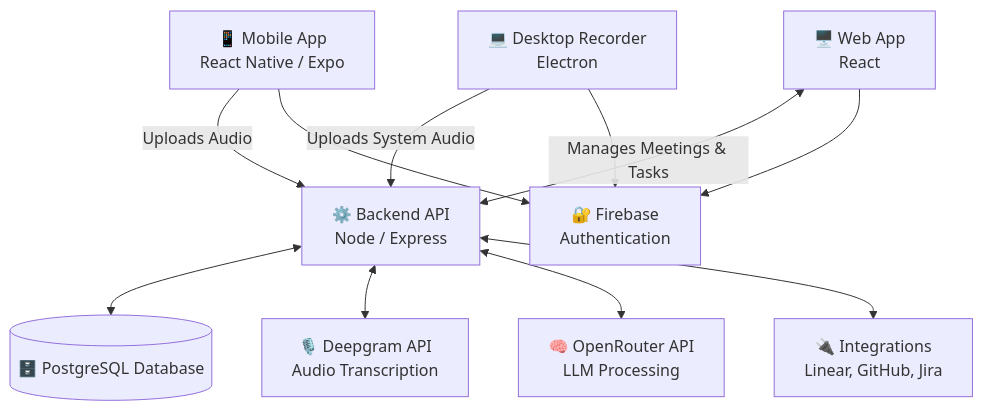
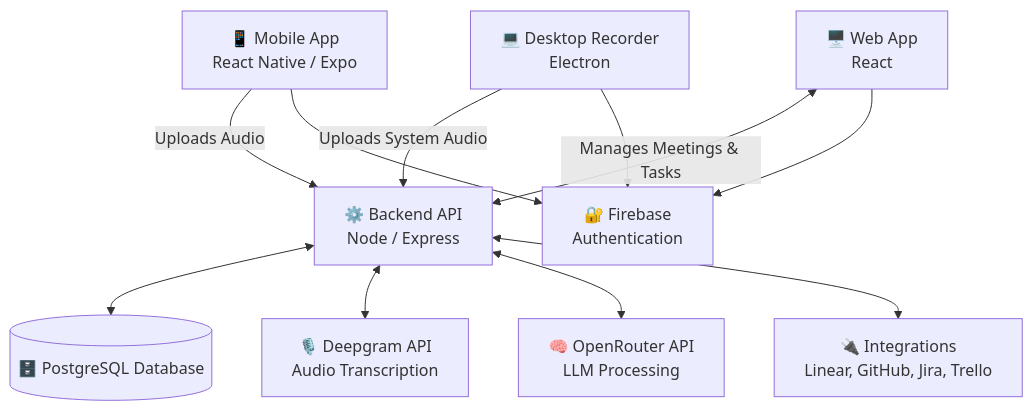
The first of 3 diagrams in docs/src/getting-started/architecture.md (blueberrybytes/plan-ai), drawn with Mermaid before and after one commit. The commit also changed 20 other files, not shown here.

````diff
--- a/docs/src/getting-started/architecture.md
+++ b/docs/src/getting-started/architecture.md
@@ -9,27 +9,27 @@
 ```mermaid
 graph TD
     %% Clients
     Mobile[📱 Mobile App<br>React Native / Expo]
     Desktop[💻 Desktop Recorder<br>Electron]
     Web[🖥️ Web App<br>React]
 
     %% Backend & Integrations
     Backend[⚙️ Backend API<br>Node / Express]
     DB[(🗄️ PostgreSQL Database)]
     AI_Deepgram[🎙️ Deepgram API<br>Audio Transcription]
     AI_OpenRouter[🧠 OpenRouter API<br>LLM Processing]
     Auth[🔐 Firebase<br>Authentication]
-    Ext_Integrations[🔌 Integrations<br>Linear, GitHub, Jira]
+    Ext_Integrations[🔌 Integrations<br>Linear, GitHub, Jira, Trello]
 
     %% Flow
     Mobile -->|Uploads Audio| Backend
     Desktop -->|Uploads System Audio| Backend
     Web <-->|Manages Meetings & Tasks| Backend
     Backend <--> DB
     Backend <--> AI_Deepgram
     Backend <--> AI_OpenRouter
     Backend <--> Ext_Integrations
     Mobile --> Auth
     Web --> Auth
     Desktop --> Auth
 ```
````
